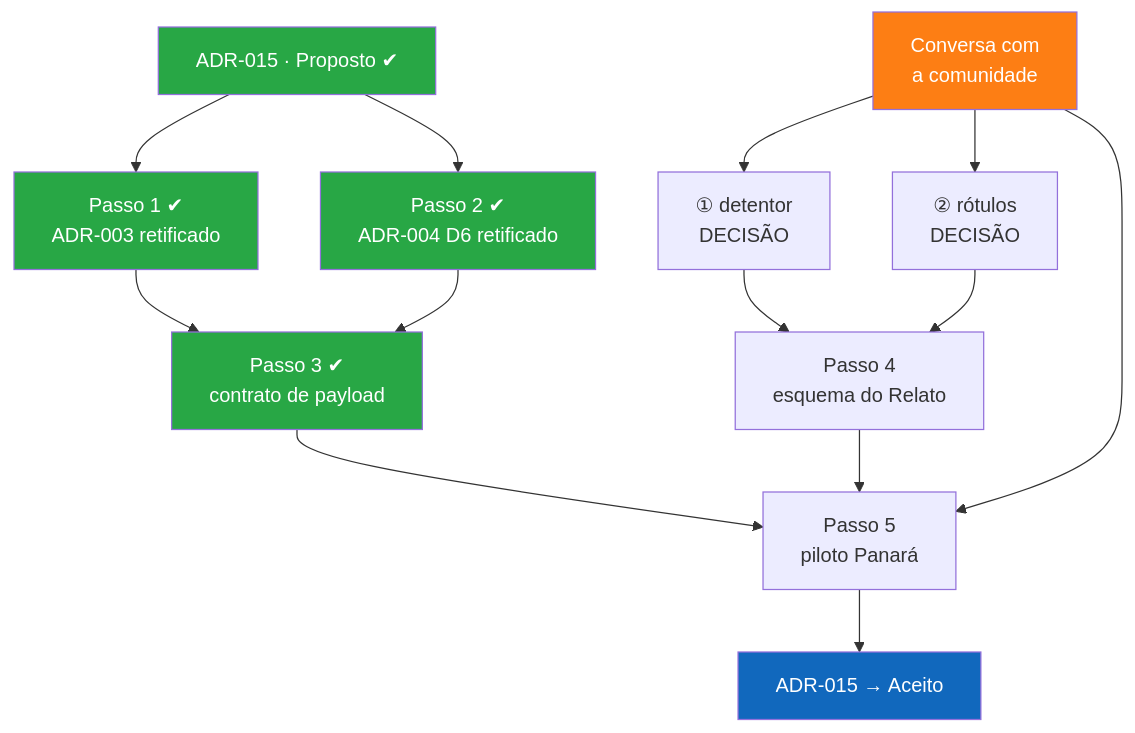
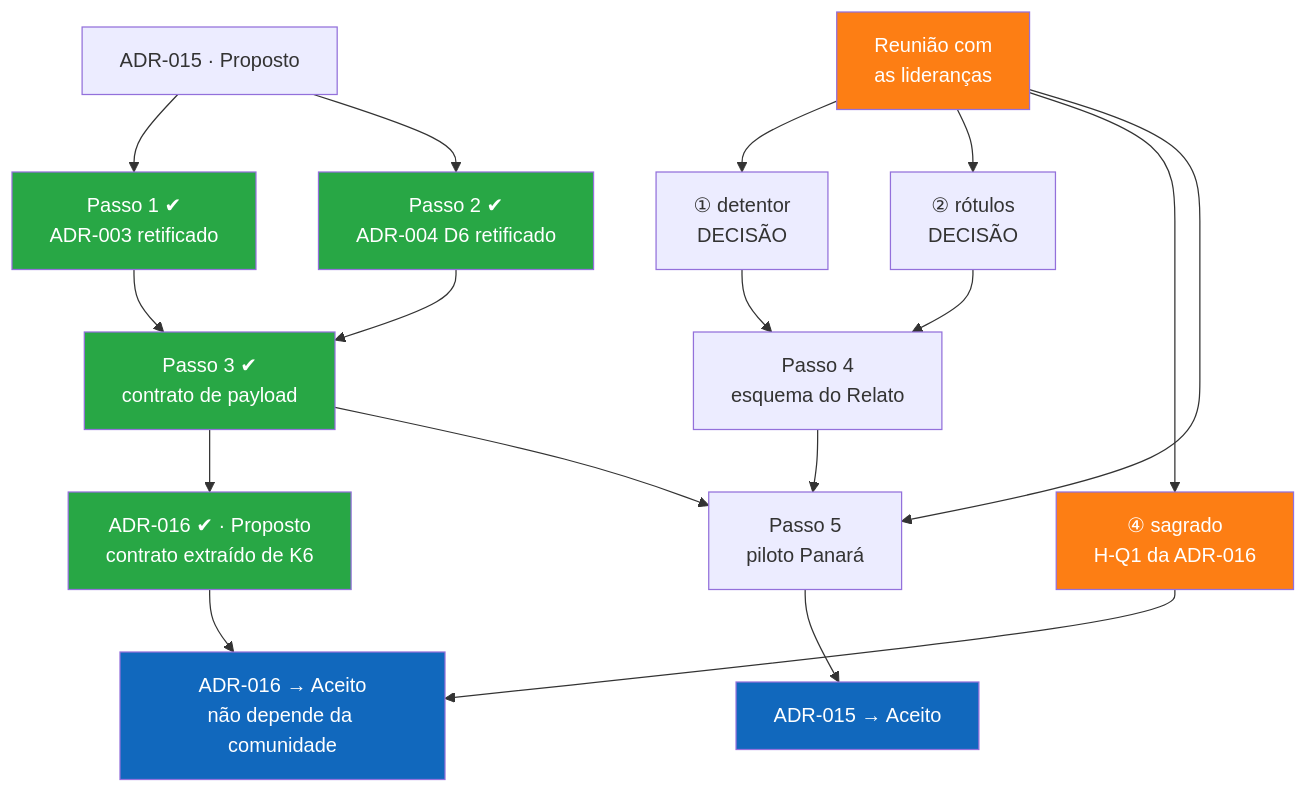
Before and after one commit to edalcin/Arquitetura-BioCultural: the diagram in conhecimento/proximosPassos.md, drawn with Mermaid. The commit also changed other lines of this file and 8 other files, not shown here.

Commit message:
docs(v3.10.0): extrai contrato de harvest para ADR-016, fecha vocabulario de vinculo e leva o sagrado a pauta das liderancas

````diff
--- a/conhecimento/proximosPassos.md
+++ b/conhecimento/proximosPassos.md
@@ -118,21 +135,27 @@
 ```mermaid
 flowchart TD
-    A["ADR-015 · Proposto ✔"] --> P1["Passo 1 ✔<br/>ADR-003 retificado"]
+    A["ADR-015 · Proposto"] --> P1["Passo 1 ✔<br/>ADR-003 retificado"]
     A --> P2["Passo 2 ✔<br/>ADR-004 D6 retificado"]
     P1 --> P3["Passo 3 ✔<br/>contrato de payload"]
     P2 --> P3
+    P3 --> H["ADR-016 ✔ · Proposto<br/>contrato extraído de K6"]
+    H --> HA["ADR-016 → Aceito<br/>não depende da comunidade"]
     Q1["① detentor<br/>DECISÃO"] --> P4["Passo 4<br/>esquema do Relato"]
     Q2["② rótulos<br/>DECISÃO"] --> P4
-    C["Conversa com<br/>a comunidade"] --> Q1
+    C["Reunião com<br/>as lideranças"] --> Q1
     C --> Q2
+    C --> Q4["④ sagrado<br/>H-Q1 da ADR-016"]
+    Q4 --> HA
     C --> P5["Passo 5<br/>piloto Panará"]
     P3 --> P5
     P4 --> P5
     P5 --> F["ADR-015 → Aceito"]
-    style A fill:#28a745,color:#fff
     style P1 fill:#28a745,color:#fff
     style P2 fill:#28a745,color:#fff
     style P3 fill:#28a745,color:#fff
+    style H fill:#28a745,color:#fff
     style C fill:#fd7e14,color:#fff
+    style Q4 fill:#fd7e14,color:#fff
     style F fill:#1168bd,color:#fff
+    style HA fill:#1168bd,color:#fff
 ```
````
